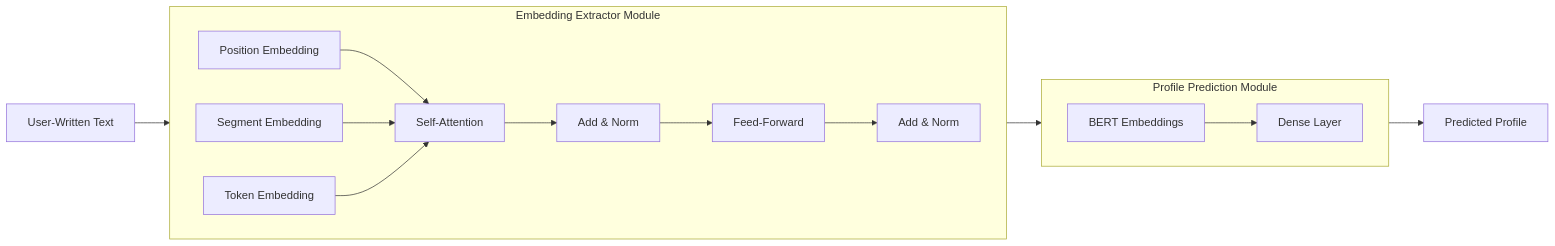
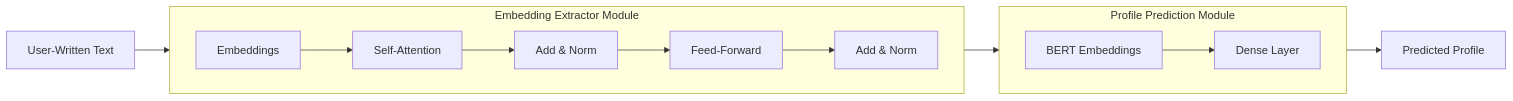
One commit to hansung-prism-lab/sw-industry-collab-2025 changed the diagram in README.md. Above: the diagram before and after it, drawn with Mermaid. The commit also changed other lines of this file, not shown here.

````diff
--- a/README.md
+++ b/README.md
@@ -27,34 +48,23 @@
 ```mermaid
 flowchart LR
     A[User-Written Text] --> EMB
 
-    subgraph EMB[Embedding Extractor Module]
-    	direction LR
-        P[Position Embedding]
-        S[Segment Embedding]
-        T[Token Embedding]
-        SA[Self-Attention]
-        AN1[Add & Norm]
-        FF[Feed-Forward]
-        AN2[Add & Norm]
-        
-        P --> SA
-        S --> SA
-        T --> SA
-        SA --> AN1 --> FF --> AN2
-    	   
+     subgraph EMB[Embedding Extractor Module]
+        direction LR
+        E[Embeddings] --> SA[Self-Attention] --> AN1[Add & Norm] --> FF[Feed-Forward] -->AN2[Add & Norm]
     end
+
 	
     EMB --> BE
     
     subgraph Pred[Profile Prediction Module]
     	direction LR
     	BE[BERT Embeddings]
     	DL[Dense Layer]
     	
     	BE --> DL
     end
     
     DL --> OUT[Predicted Profile]
 
 ```
````
